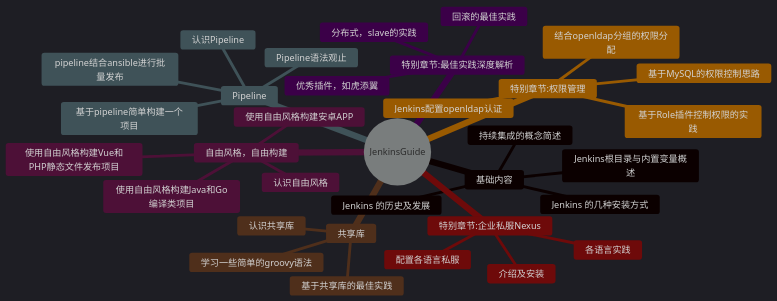
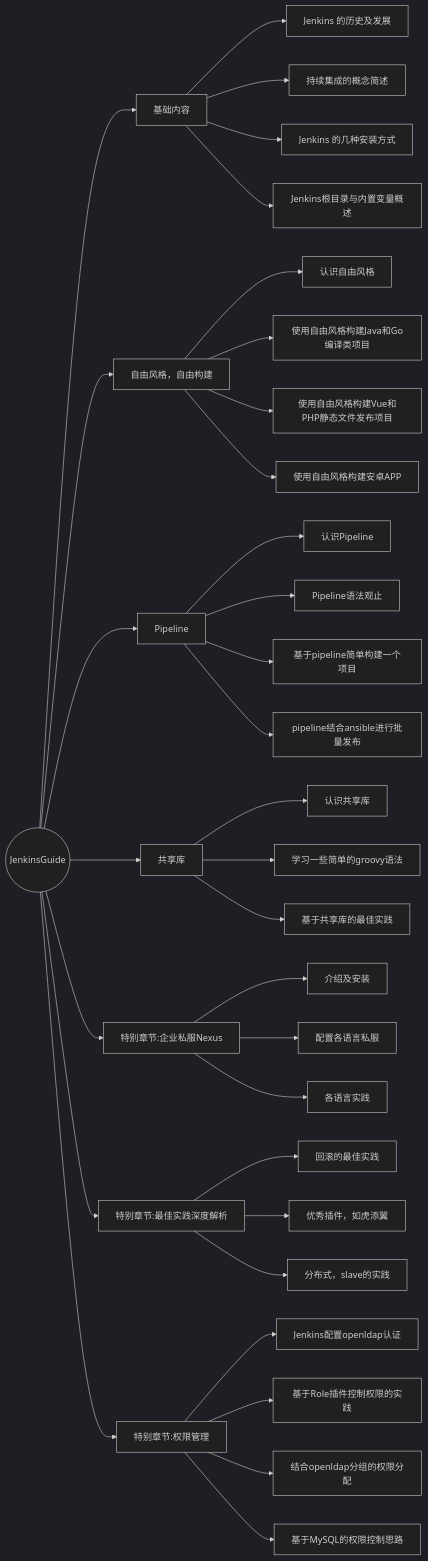
Before and after one commit to opsre/JenkinsGuide: the diagram in docs/index.md, drawn with Mermaid (dark theme). The commit also changed other lines of this file and 1 other file, not shown here.

Commit message:
feat: 思维导图

````diff
--- a/docs/index.md
+++ b/docs/index.md
@@ -47,36 +47,43 @@
 ```mermaid
-mindmap
-  root((JenkinsGuide))
-    基础内容
-      Jenkins 的历史及发展
-      持续集成的概念简述
-      Jenkins 的几种安装方式
-      Jenkins根目录与内置变量概述
-    自由风格，自由构建
-      认识自由风格
-      使用自由风格构建Java和Go编译类项目
-      使用自由风格构建Vue和PHP静态文件发布项目
-      使用自由风格构建安卓APP
-    Pipeline
-      认识Pipeline
-      Pipeline语法观止
-      基于pipeline简单构建一个项目
-      pipeline结合ansible进行批量发布
-    共享库
-    	认识共享库
-    	学习一些简单的groovy语法
-    	基于共享库的最佳实践
-    特别章节:企业私服Nexus
-    	介绍及安装
-    	配置各语言私服
-    	各语言实践
-    特别章节:最佳实践深度解析
-    	回滚的最佳实践
-    	优秀插件，如虎添翼
-    	分布式，slave的实践
-    特别章节:权限管理
-    	Jenkins配置openldap认证
-    	基于Role插件控制权限的实践
-    	结合openldap分组的权限分配
-    	基于MySQL的权限控制思路
+graph LR
+    A((JenkinsGuide)) --> B[基础内容]
+    A --> C[自由风格，自由构建]
+    A --> D[Pipeline]
+    A --> E[共享库]
+    A --> F[特别章节:企业私服Nexus]
+    A --> G[特别章节:最佳实践深度解析]
+    A --> H[特别章节:权限管理]
+
+    B --> B1[Jenkins 的历史及发展]
+    B --> B2[持续集成的概念简述]
+    B --> B3[Jenkins 的几种安装方式]
+    B --> B4[Jenkins根目录与内置变量概述]
+
+    C --> C1[认识自由风格]
+    C --> C2[使用自由风格构建Java和Go编译类项目]
+    C --> C3[使用自由风格构建Vue和PHP静态文件发布项目]
+    C --> C4[使用自由风格构建安卓APP]
+
+    D --> D1[认识Pipeline]
+    D --> D2[Pipeline语法观止]
+    D --> D3[基于pipeline简单构建一个项目]
+    D --> D4[pipeline结合ansible进行批量发布]
+
+    E --> E1[认识共享库]
+    E --> E2[学习一些简单的groovy语法]
+    E --> E3[基于共享库的最佳实践]
+
+    F --> F1[介绍及安装]
+    F --> F2[配置各语言私服]
+    F --> F3[各语言实践]
+
+    G --> G1[回滚的最佳实践]
+    G --> G2[优秀插件，如虎添翼]
+    G --> G3[分布式，slave的实践]
+
+    H --> H1[Jenkins配置openldap认证]
+    H --> H2[基于Role插件控制权限的实践]
+    H --> H3[结合openldap分组的权限分配]
+    H --> H4[基于MySQL的权限控制思路]
+click B3 "https://jenkinsguide.opsre.top/basicContent/how-to-install" _blank
 ```
````
